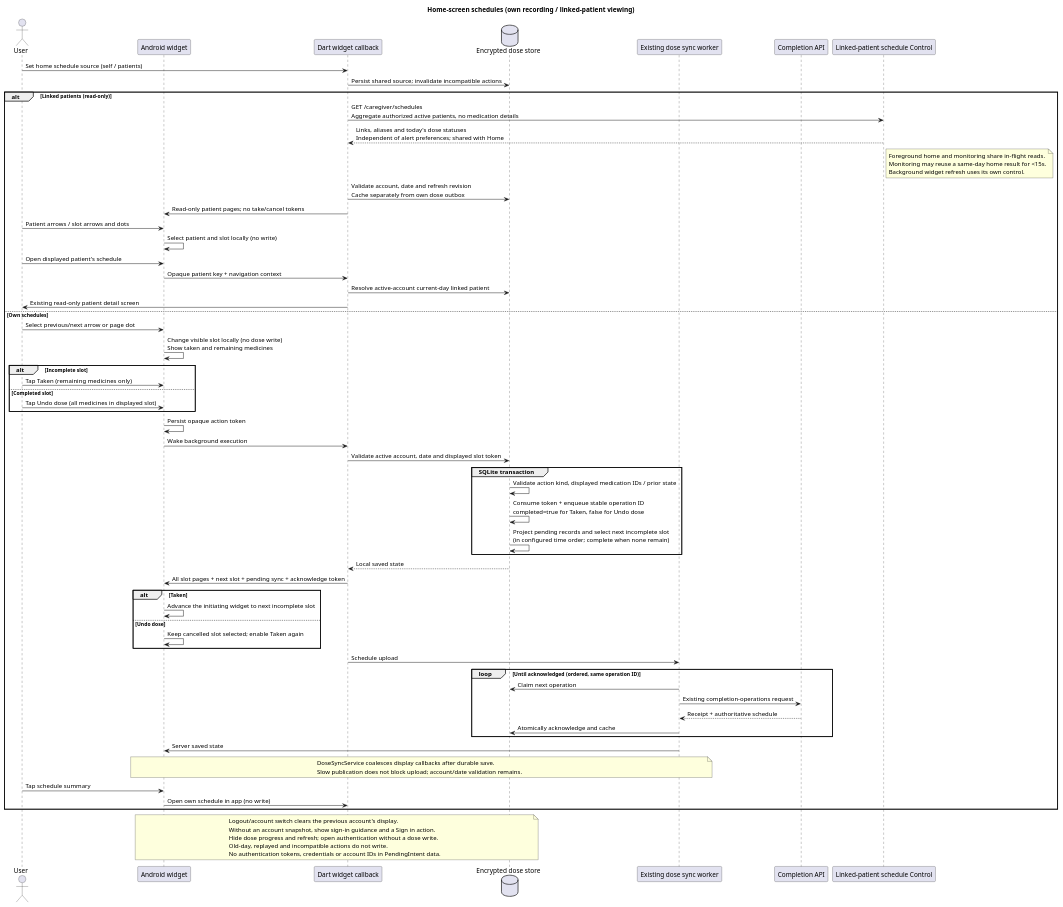
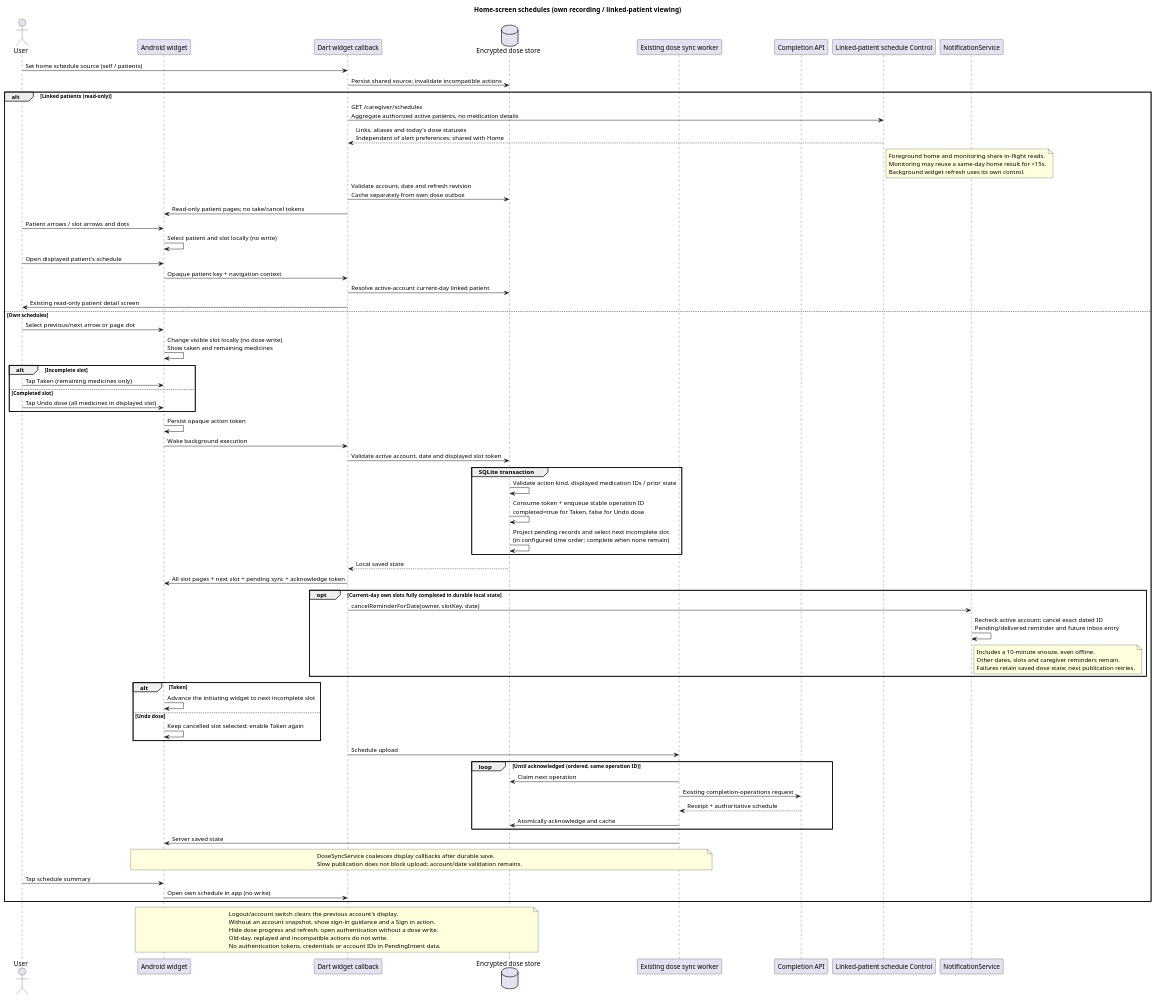
Before and after one commit to 1window2/MedBuddy: the diagram in docs/UML/sequence/HomeDoseWidget.puml, drawn with PlantUML. The commit also changed 14 other files, not shown here.

```diff
--- a/docs/UML/sequence/HomeDoseWidget.puml
+++ b/docs/UML/sequence/HomeDoseWidget.puml
@@ -1,68 +1,74 @@
 @startuml
 title Home-screen schedules (own recording / linked-patient viewing)
 actor User
 participant "Android widget" as Widget
 participant "Dart widget callback" as Callback
 database "Encrypted dose store" as Store
 participant "Existing dose sync worker" as Sync
 participant "Completion API" as API
 participant "Linked-patient schedule Control" as Schedules
+participant "NotificationService" as Notifications
 
 User -> Callback: Set home schedule source (self / patients)
 Callback -> Store: Persist shared source; invalidate incompatible actions
 alt Linked patients (read-only)
 Callback -> Schedules: GET /caregiver/schedules\nAggregate authorized active patients, no medication details
 Schedules --> Callback: Links, aliases and today's dose statuses\nIndependent of alert preferences; shared with Home
 note right of Schedules: Foreground home and monitoring share in-flight reads.\nMonitoring may reuse a same-day home result for <15s.\nBackground widget refresh uses its own control.
 Callback -> Store: Validate account, date and refresh revision\nCache separately from own dose outbox
 Callback -> Widget: Read-only patient pages; no take/cancel tokens
 User -> Widget: Patient arrows / slot arrows and dots
 Widget -> Widget: Select patient and slot locally (no write)
 User -> Widget: Open displayed patient's schedule
 Widget -> Callback: Opaque patient key + navigation context
 Callback -> Store: Resolve active-account current-day linked patient
 Callback -> User: Existing read-only patient detail screen
 else Own schedules
 
 User -> Widget: Select previous/next arrow or page dot
 Widget -> Widget: Change visible slot locally (no dose write)\nShow taken and remaining medicines
 alt Incomplete slot
 User -> Widget: Tap Taken (remaining medicines only)
 else Completed slot
 User -> Widget: Tap Undo dose (all medicines in displayed slot)
 end
 Widget -> Widget: Persist opaque action token
 Widget -> Callback: Wake background execution
 Callback -> Store: Validate active account, date and displayed slot token
 group SQLite transaction
 Store -> Store: Validate action kind, displayed medication IDs / prior state
 Store -> Store: Consume token + enqueue stable operation ID\ncompleted=true for Taken, false for Undo dose
 Store -> Store: Project pending records and select next incomplete slot\n(in configured time order; complete when none remain)
 end
 Store --> Callback: Local saved state
 Callback -> Widget: All slot pages + next slot + pending sync + acknowledge token
+opt Current-day own slots fully completed in durable local state
+Callback -> Notifications: cancelReminderForDate(owner, slotKey, date)
+Notifications -> Notifications: Recheck active account; cancel exact dated ID\nPending/delivered reminder and future inbox entry
+note right of Notifications: Includes a 10-minute snooze, even offline.\nOther dates, slots and caregiver reminders remain.\nFailures retain saved dose state; next publication retries.
+end
 alt Taken
 Widget -> Widget: Advance the initiating widget to next incomplete slot
 else Undo dose
 Widget -> Widget: Keep cancelled slot selected; enable Taken again
 end
 Callback -> Sync: Schedule upload
 loop Until acknowledged (ordered, same operation ID)
 Sync -> Store: Claim next operation
 Sync -> API: Existing completion-operations request
 API --> Sync: Receipt + authoritative schedule
 Sync -> Store: Atomically acknowledge and cache
 end
 Sync -> Widget: Server saved state
 note over Sync,Widget: DoseSyncService coalesces display callbacks after durable save.\nSlow publication does not block upload; account/date validation remains.
 User -> Widget: Tap schedule summary
 Widget -> Callback: Open own schedule in app (no write)
 end
 note over Widget,Store
 Logout/account switch clears the previous account's display.
 Without an account snapshot, show sign-in guidance and a Sign in action.
 Hide dose progress and refresh; open authentication without a dose write.
 Old-day, replayed and incompatible actions do not write.
 No authentication tokens, credentials or account IDs in PendingIntent data.
 end note
 @enduml
```
